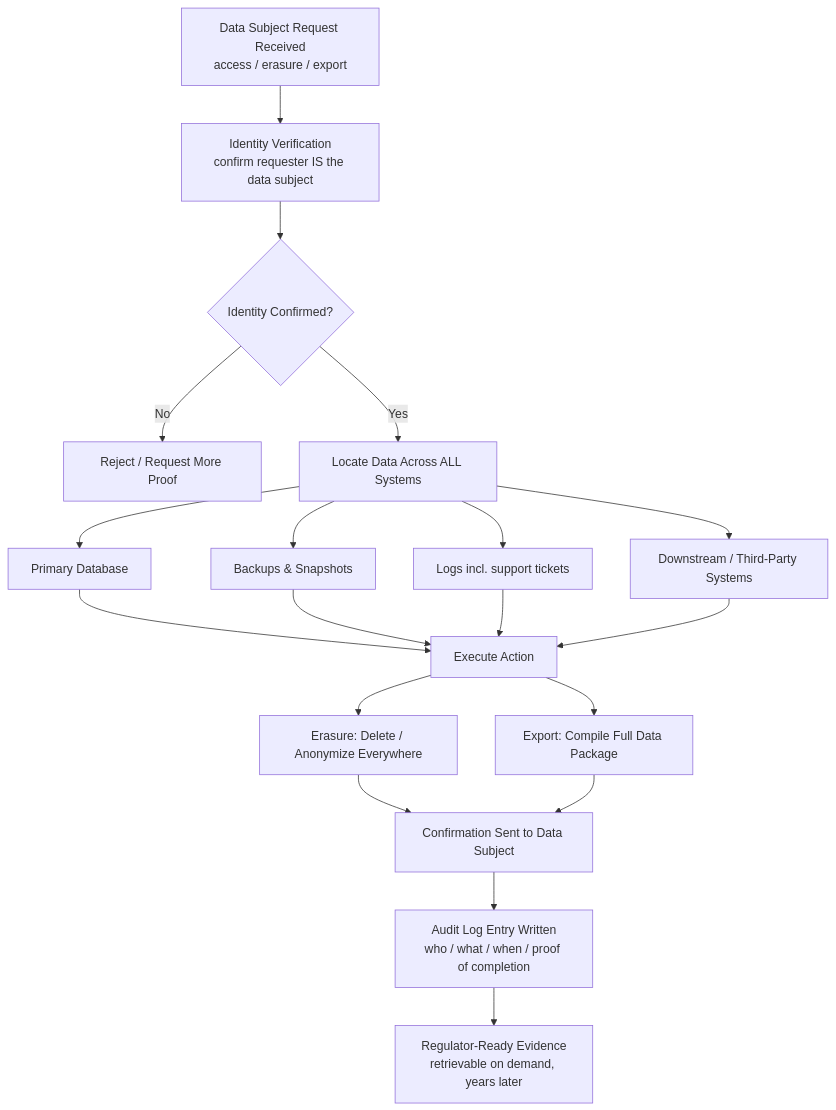
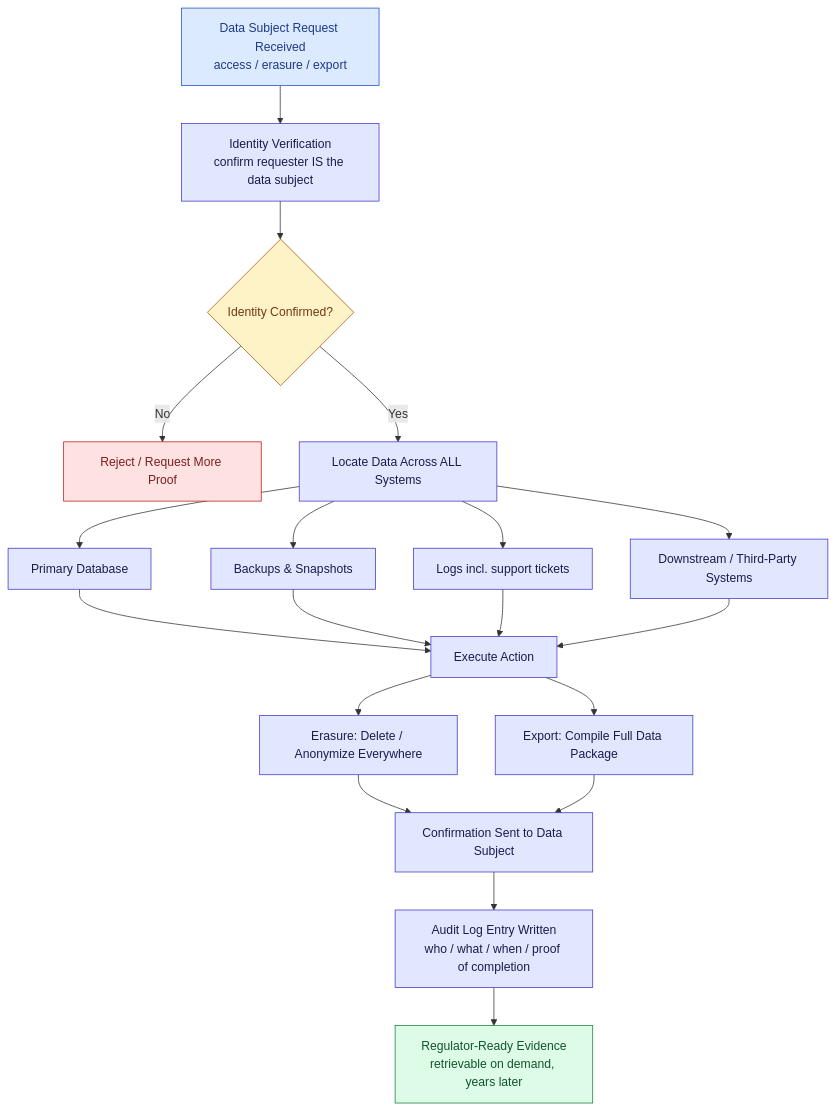
Before and after one commit to ghanendra-sdet/non-functional-testing-playbook: the diagram in Part_11_Compliance_Privacy_Localization_Testing.md, drawn with Mermaid. The commit also changed other lines of this file and 15 other files, not shown here.

Commit message:
Fix ToC anchors and theme re-render; update to OWASP 2025, WCAG 2.2, PCI DSS 4.0.1; style diagrams

````diff
--- a/Part_11_Compliance_Privacy_Localization_Testing.md
+++ b/Part_11_Compliance_Privacy_Localization_Testing.md
@@ -629,17 +635,28 @@
 ```mermaid
 flowchart TD
     A[Data Subject Request Received<br/>access / erasure / export] --> B[Identity Verification<br/>confirm requester IS the data subject]
     B --> C{Identity Confirmed?}
     C -->|No| B2[Reject / Request More Proof]
     C -->|Yes| D[Locate Data Across ALL Systems]
     D --> D1[Primary Database]
     D --> D2[Backups & Snapshots]
     D --> D3[Logs incl. support tickets]
     D --> D4[Downstream / Third-Party Systems]
     D1 & D2 & D3 & D4 --> E[Execute Action]
     E --> E1[Erasure: Delete / Anonymize Everywhere]
     E --> E2[Export: Compile Full Data Package]
     E1 & E2 --> F[Confirmation Sent to Data Subject]
     F --> G[Audit Log Entry Written<br/>who / what / when / proof of completion]
     G --> H[Regulator-Ready Evidence<br/>retrievable on demand, years later]
+
+    classDef start fill:#dbeafe,stroke:#1d4ed8,color:#1e3a8a
+    classDef step fill:#e0e7ff,stroke:#4338ca,color:#1e1b4b
+    classDef decision fill:#fef3c7,stroke:#b45309,color:#78350f
+    classDef good fill:#dcfce7,stroke:#15803d,color:#14532d
+    classDef bad fill:#fee2e2,stroke:#b91c1c,color:#7f1d1d
+    class A start
+    class B,D,D1,D2,D3,D4,E,E1,E2,F,G step
+    class C decision
+    class B2 bad
+    class H good
 ```
````
